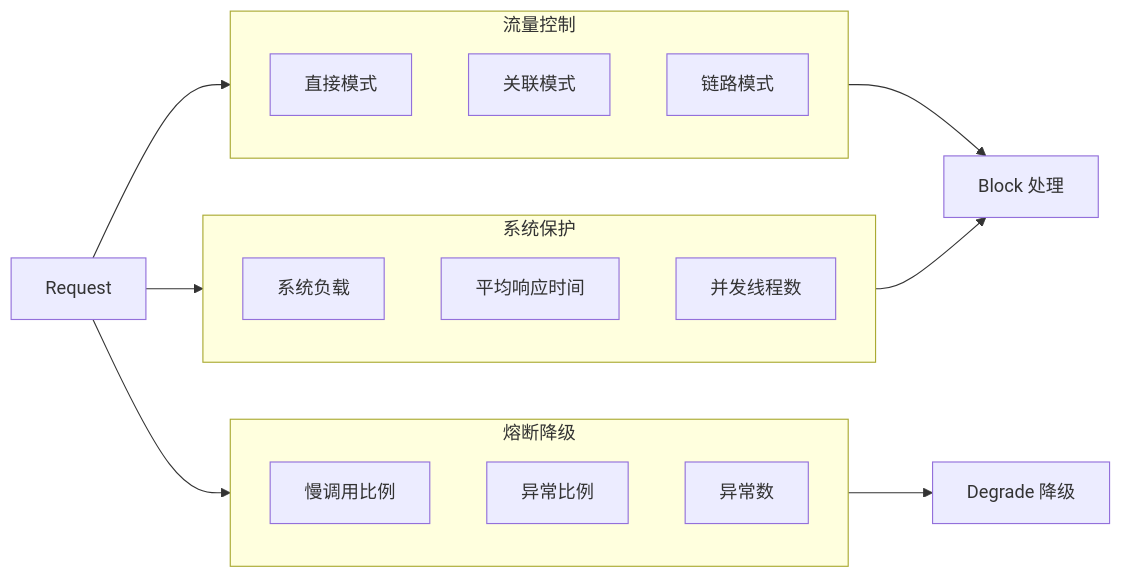
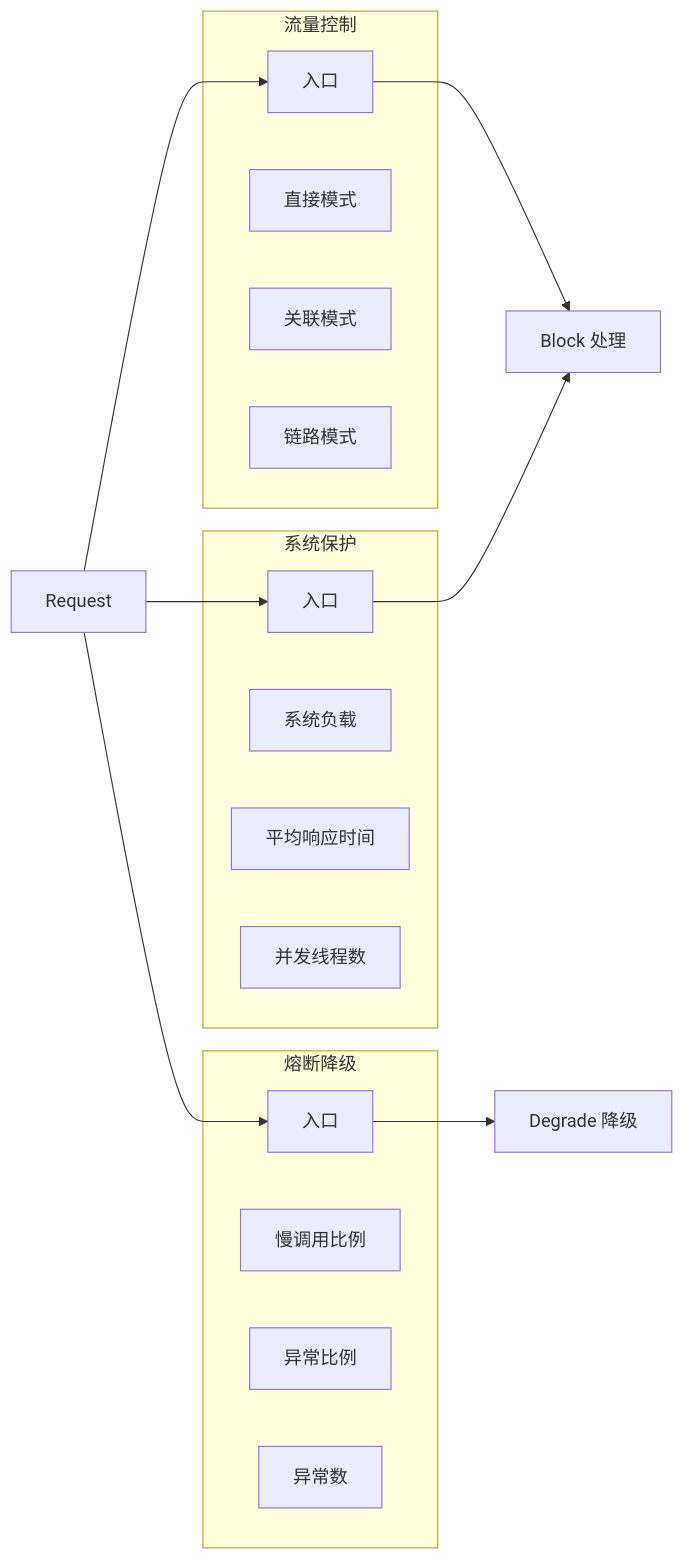
Before and after one commit to kane201x/javadoc: the fourth of 8 diagrams in 07-spring-cloud/README.md, drawn with Mermaid. The commit also changed other lines of this file and 5 other files, not shown here.

First line of the commit message:
fix: resolve mermaid diagram syntax issues across all modules

````diff
--- a/07-spring-cloud/README.md
+++ b/07-spring-cloud/README.md
@@ -545,27 +545,30 @@
 ```mermaid
 graph LR
     subgraph FlowControl[流量控制]
+        FC[入口]
         Direct[直接模式]
         Relate[关联模式]
         Link[链路模式]
     end
 
     subgraph CircuitBreaking[熔断降级]
+        CB[入口]
         Slow[慢调用比例]
         ExceptionRatio[异常比例]
         ExceptionCount[异常数]
     end
 
     subgraph SystemProtection[系统保护]
+        SP[入口]
         Load[系统负载]
         RT[平均响应时间]
         Thread[并发线程数]
     end
 
-    Request --> FlowControl
-    Request --> CircuitBreaking
-    Request --> SystemProtection
-    FlowControl --> Block[Block 处理]
-    CircuitBreaking --> Degrade[Degrade 降级]
-    SystemProtection --> Block
+    Request --> FC
+    Request --> CB
+    Request --> SP
+    FC --> Block[Block 处理]
+    CB --> Degrade[Degrade 降级]
+    SP --> Block
 ```
````
